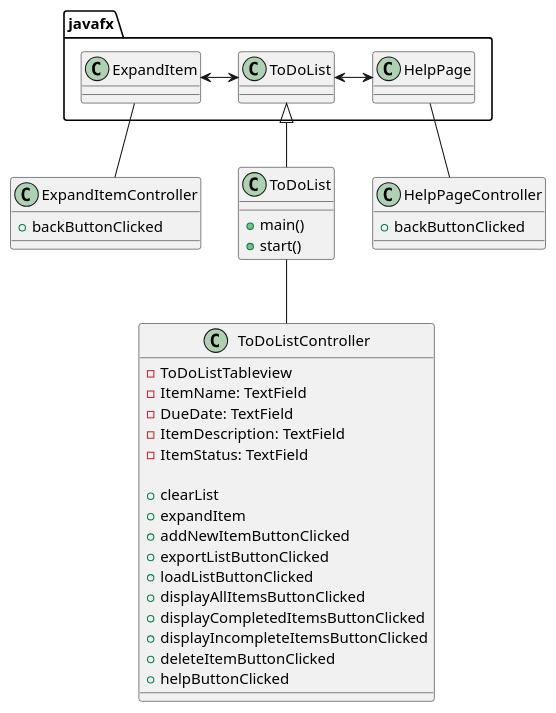
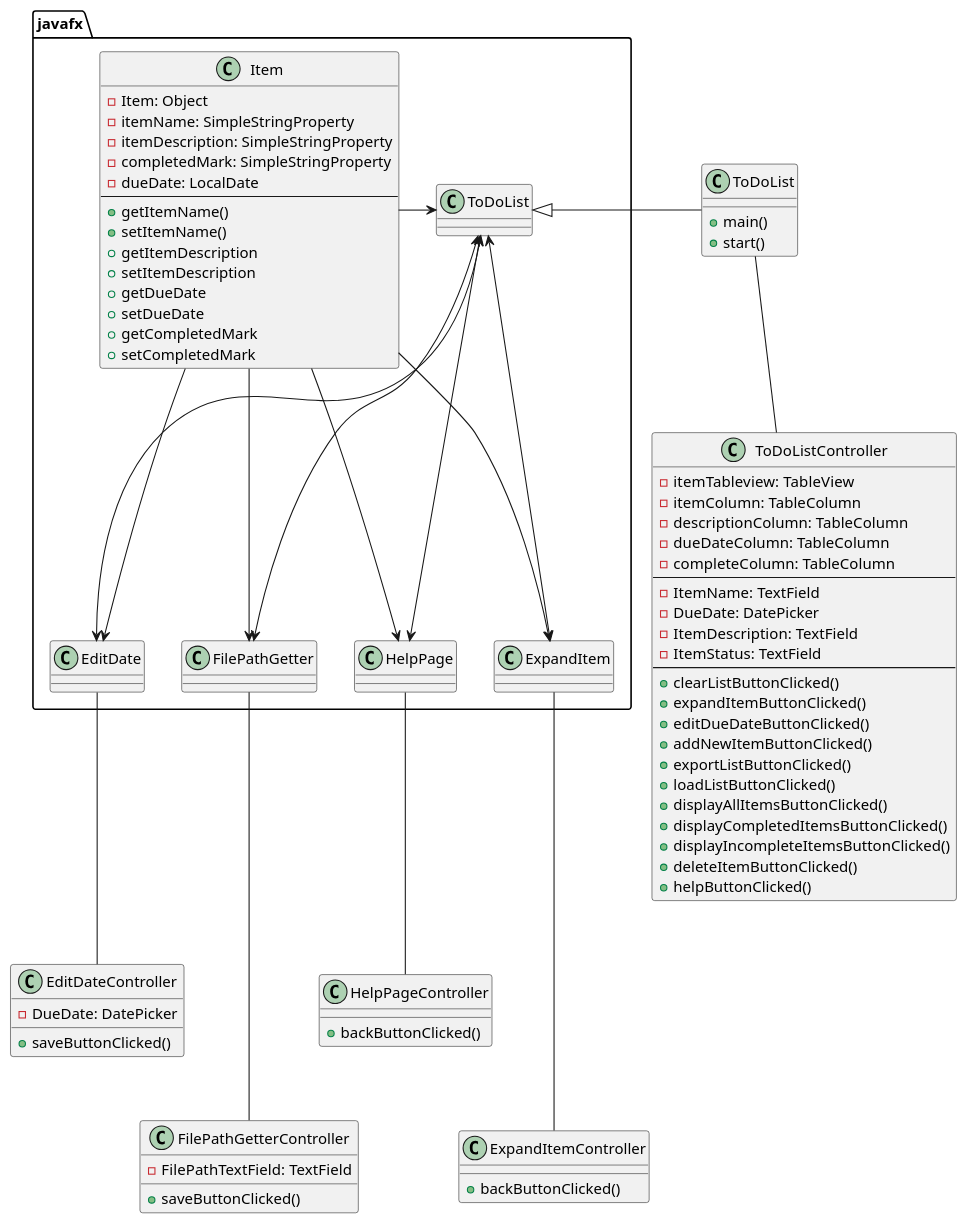
The diagram in uml/To Do List.puml (cepedaj0601/cepeda-cop3330-assignment4part2), drawn with PlantUML before and after one commit. The commit also changed 1 other file, not shown here.

Commit message:
Updated Uml commit

```diff
--- a/uml/To Do List.puml
+++ b/uml/To Do List.puml
@@ -1,46 +1,89 @@
 @startuml
 'https://plantuml.com/class-diagram
 
 class ToDoList{
     + main()
     + start()
 }
 
+class javafx.Item {
+    - Item: Object
+    - itemName: SimpleStringProperty
+    - itemDescription: SimpleStringProperty
+    - completedMark: SimpleStringProperty
+    - dueDate: LocalDate
+--
+    + getItemName()
+    + setItemName()
+    + getItemDescription
+    + setItemDescription
+    + getDueDate
+    + setDueDate
+    + getCompletedMark
+    + setCompletedMark
+}
+
+class FilePathGetterController {
+    - FilePathTextField: TextField
+
+    + saveButtonClicked()
+}
+
+class EditDateController {
+    - DueDate: DatePicker
+
+    + saveButtonClicked()
+}
+
 class HelpPageController {
-    + backButtonClicked
+    + backButtonClicked()
 }
 
 class ExpandItemController {
-    + backButtonClicked
+    + backButtonClicked()
 }
 
 class ToDoListController{
-    - ToDoListTableview
+    - itemTableview: TableView
+    - itemColumn: TableColumn
+    - descriptionColumn: TableColumn
+    - dueDateColumn: TableColumn
+    - completeColumn: TableColumn
+--
     - ItemName: TextField
-    - DueDate: TextField
+    - DueDate: DatePicker
     - ItemDescription: TextField
     - ItemStatus: TextField
-
-    + clearList
-    + expandItem
-    + addNewItemButtonClicked
-    + exportListButtonClicked
-    + loadListButtonClicked
-    + displayAllItemsButtonClicked
-    + displayCompletedItemsButtonClicked
-    + displayIncompleteItemsButtonClicked
-    + deleteItemButtonClicked
-    + helpButtonClicked
+--
+    + clearListButtonClicked()
+    + expandItemButtonClicked()
+    + editDueDateButtonClicked()
+    + addNewItemButtonClicked()
+    + exportListButtonClicked()
+    + loadListButtonClicked()
+    + displayAllItemsButtonClicked()
+    + displayCompletedItemsButtonClicked()
+    + displayIncompleteItemsButtonClicked()
+    + deleteItemButtonClicked()
+    + helpButtonClicked()
 }
 
+javafx.ToDoList <--> javafx.HelpPage
+javafx.ToDoList <--> javafx.ExpandItem
+javafx.ToDoList <--> javafx.EditDate
+javafx.ToDoList <--> javafx.FilePathGetter
+javafx.Item -> javafx.ToDoList
+javafx.Item --> javafx.HelpPage
+javafx.Item --> javafx.ExpandItem
+javafx.Item --> javafx.EditDate
+javafx.Item --> javafx.FilePathGetter
 
-
-javafx.ToDoList <-> javafx.HelpPage
-javafx.ExpandItem <-> javafx.ToDoList
-javafx.ToDoList <|-- ToDoList
+ToDoList -|> javafx.ToDoList
 javafx.HelpPage -- HelpPageController
-javafx.ExpandItem -- ExpandItemController
+javafx.ExpandItem --- ExpandItemController
+javafx.EditDate -- EditDateController
+javafx.FilePathGetter --- FilePathGetterController
 
 ToDoList -- ToDoListController
 
 @enduml
```
